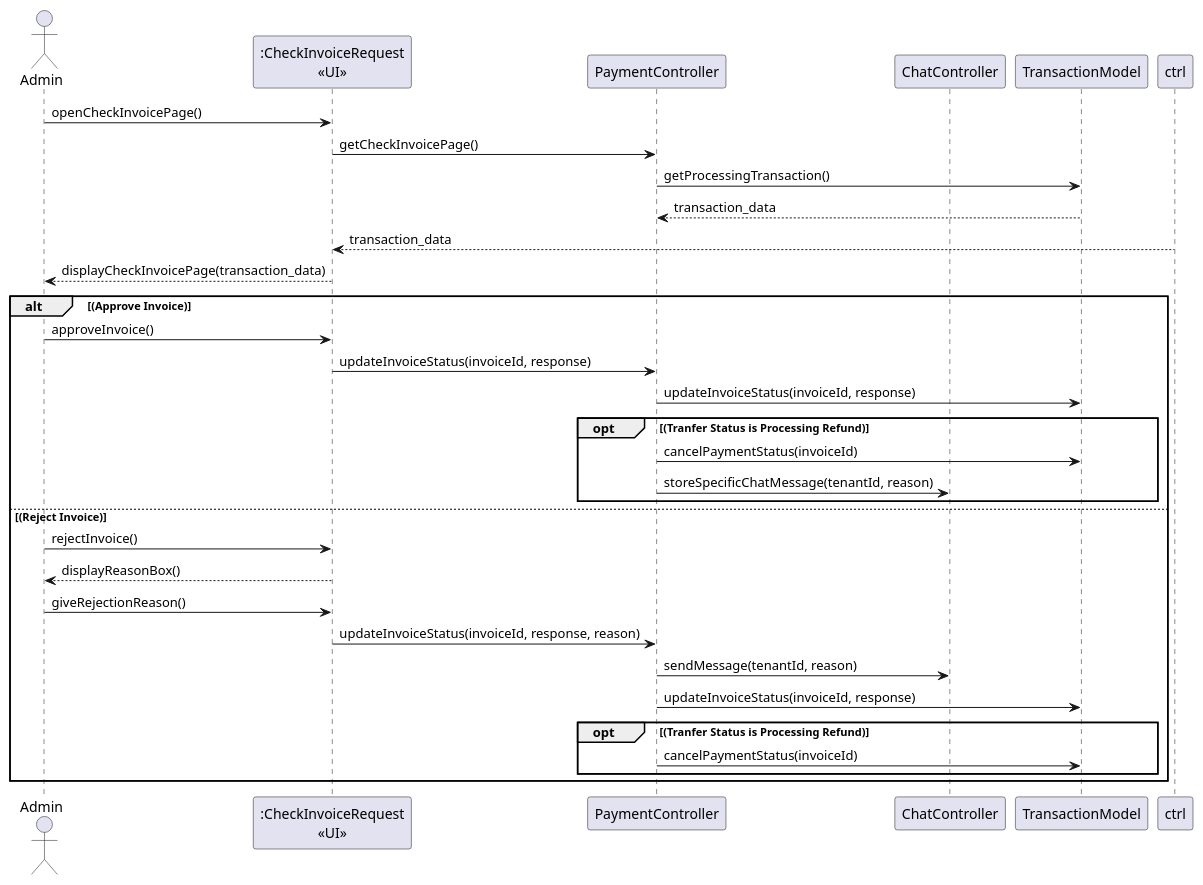
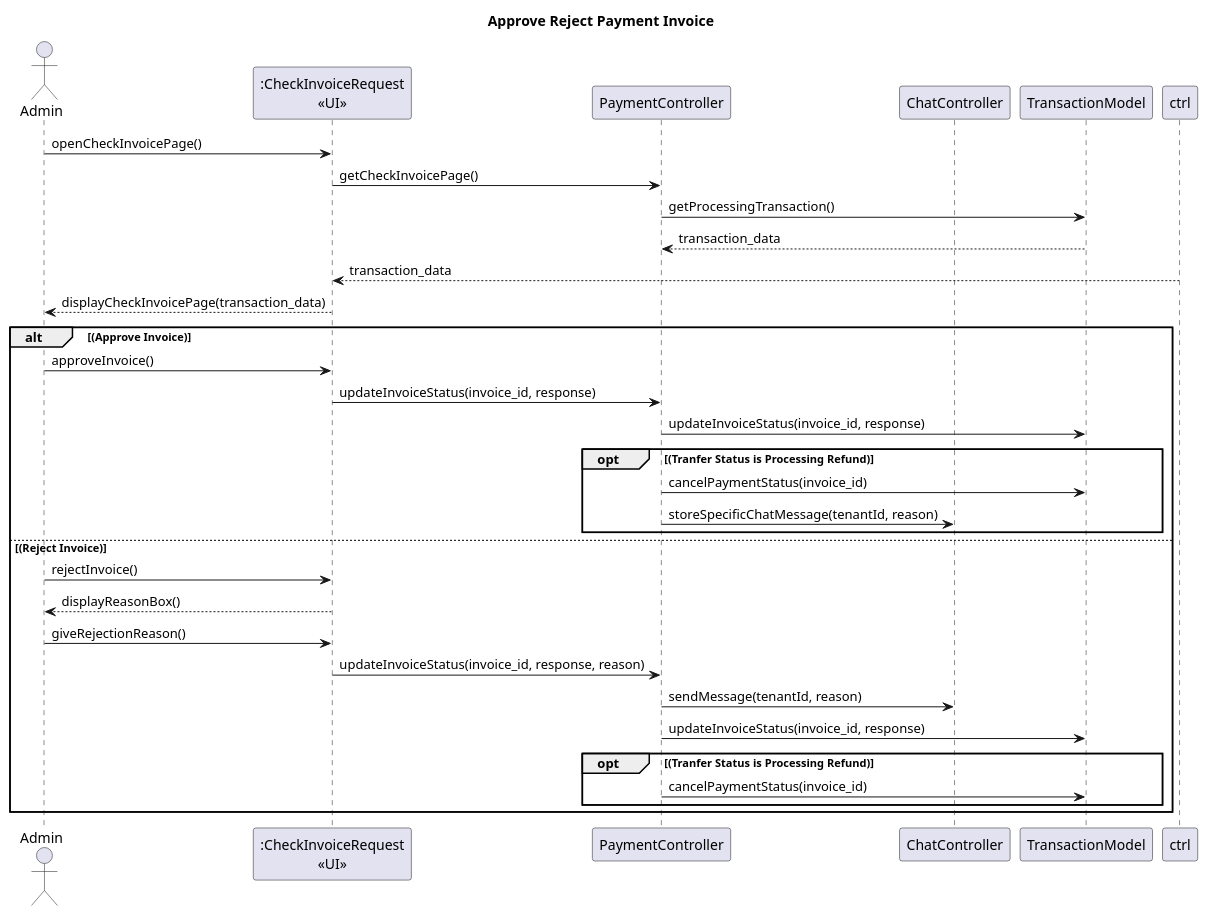
The diagram in Design/BHFMS_SEQUENCE/Admin/Payment/Approve Reject Payment Invoice.puml (AntWort21/BHFMS), drawn with PlantUML before and after one commit. The commit also changed 32 other files, not shown here.

```diff
--- a/Design/BHFMS_SEQUENCE/Admin/Payment/Approve Reject Payment Invoice.puml
+++ b/Design/BHFMS_SEQUENCE/Admin/Payment/Approve Reject Payment Invoice.puml
@@ -1,36 +1,37 @@
 @startuml
+title Approve Reject Payment Invoice
 actor "Admin" as act
 participant ":CheckInvoiceRequest\n<<UI>>" as view
 participant PaymentController as pctrl
 participant ChatController as cctrl
 participant TransactionModel as tm
 
 act -> view : openCheckInvoicePage()
 view -> pctrl : getCheckInvoicePage()
 pctrl -> tm : getProcessingTransaction()
 pctrl <-- tm : transaction_data
 view <-- ctrl : transaction_data
 act <-- view : displayCheckInvoicePage(transaction_data) 
 alt (Approve Invoice)
     act -> view : approveInvoice()
-    view -> pctrl : updateInvoiceStatus(invoiceId, response)
-    pctrl -> tm : updateInvoiceStatus(invoiceId, response)
+    view -> pctrl : updateInvoiceStatus(invoice_id, response)
+    pctrl -> tm : updateInvoiceStatus(invoice_id, response)
 
     opt (Tranfer Status is Processing Refund)
-        pctrl -> tm : cancelPaymentStatus(invoiceId)
+        pctrl -> tm : cancelPaymentStatus(invoice_id)
         pctrl -> cctrl : storeSpecificChatMessage(tenantId, reason)
     end
 else (Reject Invoice)
     act -> view : rejectInvoice()
     act <-- view : displayReasonBox()
     act -> view : giveRejectionReason()
     
-    view -> pctrl : updateInvoiceStatus(invoiceId, response, reason)
+    view -> pctrl : updateInvoiceStatus(invoice_id, response, reason)
     pctrl -> cctrl : sendMessage(tenantId, reason)
-    pctrl -> tm : updateInvoiceStatus(invoiceId, response)
+    pctrl -> tm : updateInvoiceStatus(invoice_id, response)
 
     opt (Tranfer Status is Processing Refund)
-        pctrl -> tm : cancelPaymentStatus(invoiceId)
+        pctrl -> tm : cancelPaymentStatus(invoice_id)
     end
 end
 @enduml
```
